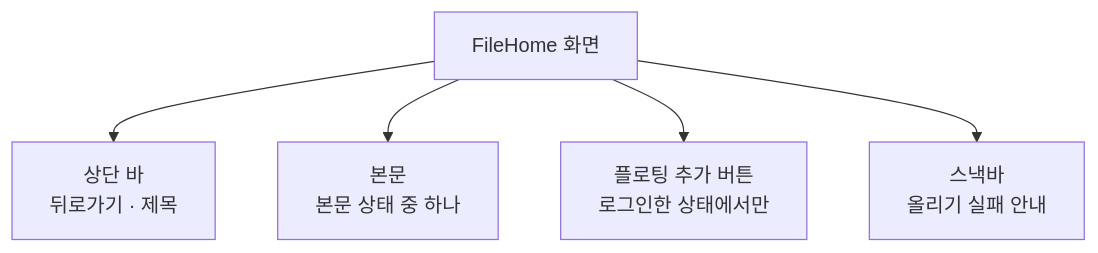
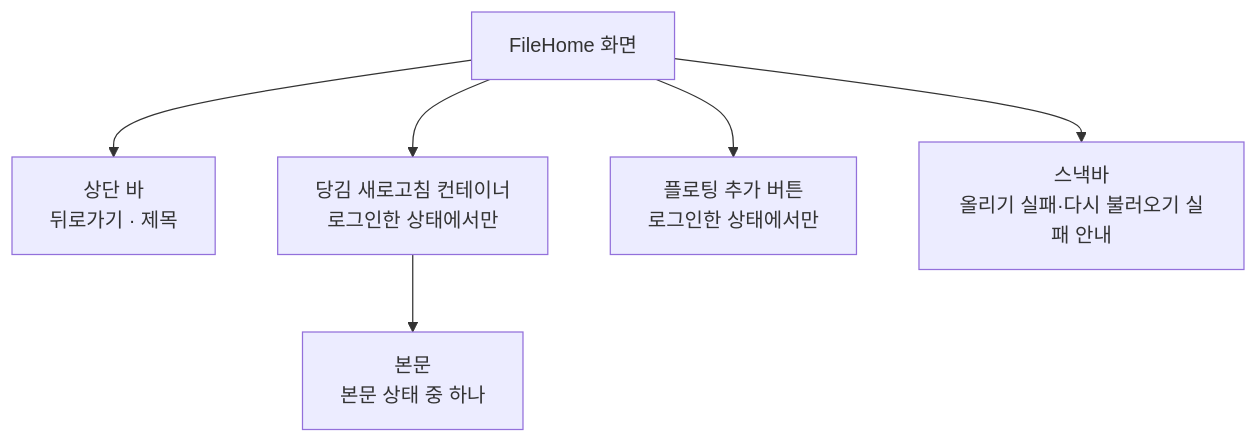
Before and after one commit to taetae98coding/DiaryKMP: the diagram in docs/design/file-home.md, drawn with Mermaid. The commit also changed other lines of this file and 14 other files, not shown here.

````diff
--- a/docs/design/file-home.md
+++ b/docs/design/file-home.md
@@ -13,7 +15,8 @@
 ```mermaid
 flowchart TD
     screen["FileHome 화면"] --> topBar["상단 바<br/>뒤로가기 · 제목"]
-    screen --> body["본문<br/>본문 상태 중 하나"]
+    screen --> refresh["당김 새로고침 컨테이너<br/>로그인한 상태에서만"]
+    refresh --> body["본문<br/>본문 상태 중 하나"]
     screen --> fab["플로팅 추가 버튼<br/>로그인한 상태에서만"]
-    screen --> snackbar["스낵바<br/>올리기 실패 안내"]
+    screen --> snackbar["스낵바<br/>올리기 실패·다시 불러오기 실패 안내"]
 ```
````
